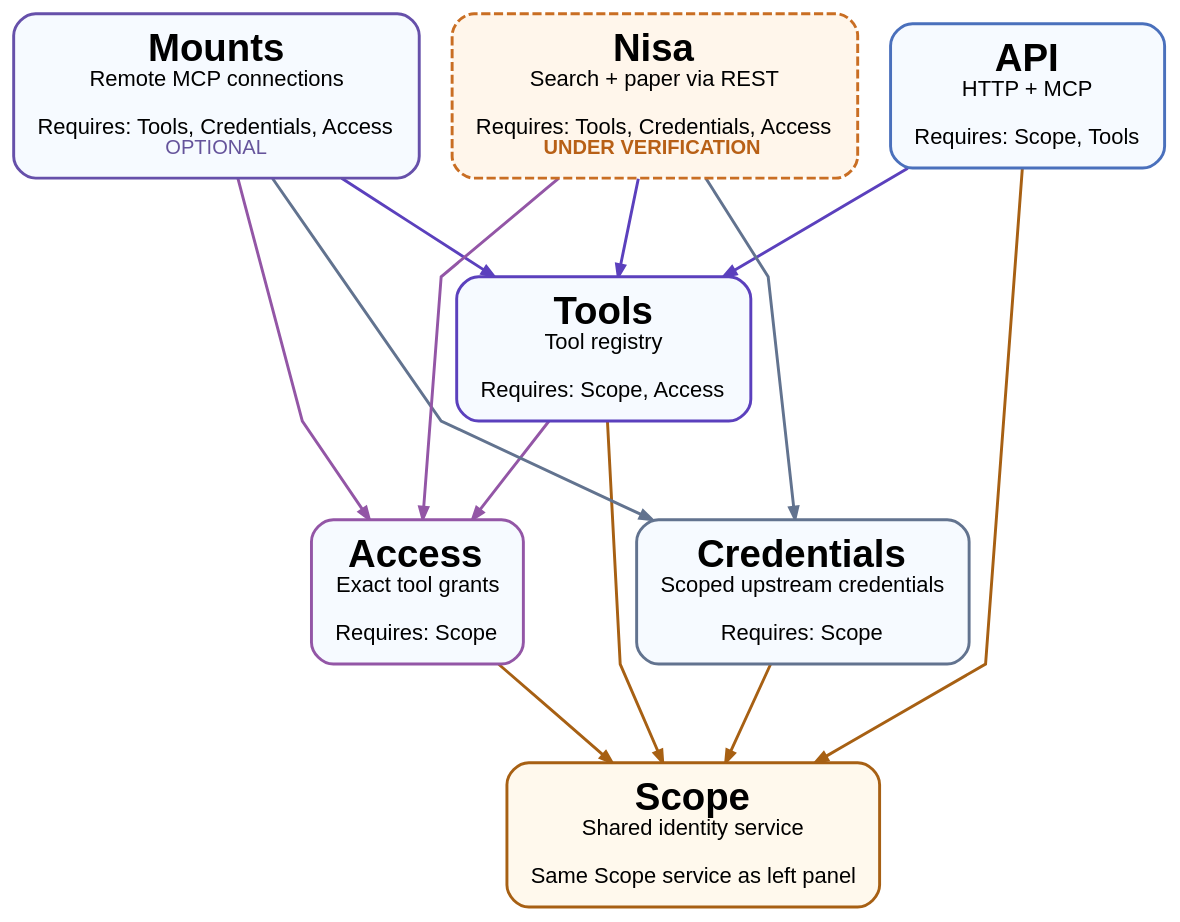
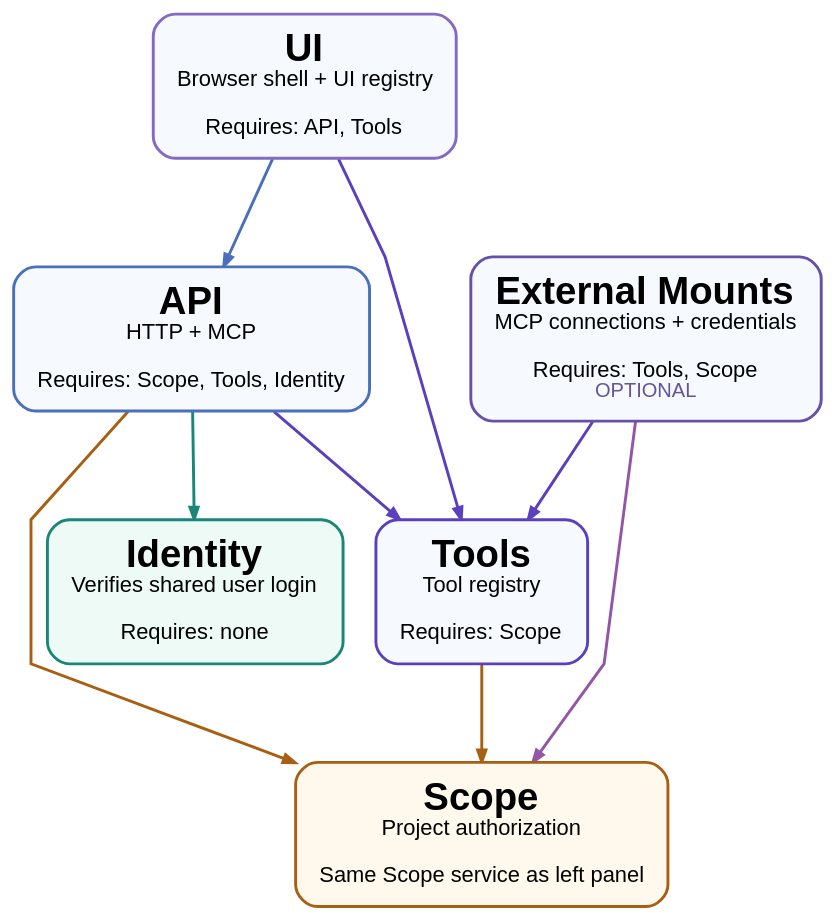
The diagram in merv-typescript/docs/architecture/transport-dependencies.dot (rapidreview-io/Merv), drawn with Graphviz before and after one commit. The commit also changed 599 other files, not shown here.

```diff
--- a/merv-typescript/docs/architecture/transport-dependencies.dot
+++ b/merv-typescript/docs/architecture/transport-dependencies.dot
@@ -1,21 +1,16 @@
 digraph G { graph [rankdir=TB, bgcolor="transparent", fontname="Arial", pad="0.18", nodesep="0.25", ranksep="0.75", splines=polyline, outputorder=edgesfirst]; node [shape=box,style="rounded,filled",fontname="Arial",margin="0.18,0.14",penwidth=1.6]; edge [penwidth=1.6, arrowsize=0.65];
-access [id="node-access", color="#9356A6",fillcolor="#F6FAFF",label=<<FONT POINT-SIZE="21"><B>Access</B></FONT><BR/><FONT POINT-SIZE="12">Exact tool grants</FONT><BR/><BR/><FONT POINT-SIZE="12">Requires: Scope</FONT>>];
-credentials [id="node-credentials", color="#62738F",fillcolor="#F6FAFF",label=<<FONT POINT-SIZE="21"><B>Credentials</B></FONT><BR/><FONT POINT-SIZE="12">Scoped upstream credentials</FONT><BR/><BR/><FONT POINT-SIZE="12">Requires: Scope</FONT>>];
-tools [id="node-tools", color="#5B40BD",fillcolor="#F6FAFF",label=<<FONT POINT-SIZE="21"><B>Tools</B></FONT><BR/><FONT POINT-SIZE="12">Tool registry</FONT><BR/><BR/><FONT POINT-SIZE="12">Requires: Scope, Access</FONT>>];
-api [id="node-api", color="#4A70BC",fillcolor="#F6FAFF",label=<<FONT POINT-SIZE="21"><B>API</B></FONT><BR/><FONT POINT-SIZE="12">HTTP + MCP</FONT><BR/><BR/><FONT POINT-SIZE="12">Requires: Scope, Tools</FONT>>];
-mounts [id="node-mounts", color="#6650AA",fillcolor="#F6FAFF",label=<<FONT POINT-SIZE="21"><B>Mounts</B></FONT><BR/><FONT POINT-SIZE="12">Remote MCP connections</FONT><BR/><BR/><FONT POINT-SIZE="12">Requires: Tools, Credentials, Access</FONT><BR/><FONT COLOR="#65539B" POINT-SIZE="11">OPTIONAL</FONT>>];
-nisa [id="node-nisa", color="#C96E23",fillcolor="#FFF6EB",style="rounded,dashed,filled",label=<<FONT POINT-SIZE="21"><B>Nisa</B></FONT><BR/><FONT POINT-SIZE="12">Search + paper via REST</FONT><BR/><BR/><FONT POINT-SIZE="12">Requires: Tools, Credentials, Access</FONT><BR/><FONT COLOR="#B86016" POINT-SIZE="11"><B>UNDER VERIFICATION</B></FONT>>];
-scope [id="node-scope", color="#A76013",fillcolor="#FFF9ED",label=<<FONT POINT-SIZE="21"><B>Scope</B></FONT><BR/><FONT POINT-SIZE="12">Shared identity service</FONT><BR/><BR/><FONT POINT-SIZE="12">Same Scope service as left panel</FONT>>];
-access -> scope [id="edge-access-scope",color="#A76013"];
-credentials -> scope [id="edge-credentials-scope",color="#A76013"];
+tools [id="node-tools", color="#5B40BD",fillcolor="#F6FAFF",label=<<FONT POINT-SIZE="21"><B>Tools</B></FONT><BR/><FONT POINT-SIZE="12">Tool registry</FONT><BR/><BR/><FONT POINT-SIZE="12">Requires: Scope</FONT>>];
+api [id="node-api", color="#4A70BC",fillcolor="#F6FAFF",label=<<FONT POINT-SIZE="21"><B>API</B></FONT><BR/><FONT POINT-SIZE="12">HTTP + MCP</FONT><BR/><BR/><FONT POINT-SIZE="12">Requires: Scope, Tools, Identity</FONT>>];
+identity [id="node-identity", color="#198778",fillcolor="#EDFAF6",label=<<FONT POINT-SIZE="21"><B>Identity</B></FONT><BR/><FONT POINT-SIZE="12">Verifies shared user login</FONT><BR/><BR/><FONT POINT-SIZE="12">Requires: none</FONT>>];
+mounts [id="node-mounts", color="#6650AA",fillcolor="#F6FAFF",label=<<FONT POINT-SIZE="21"><B>External Mounts</B></FONT><BR/><FONT POINT-SIZE="12">MCP connections + credentials</FONT><BR/><BR/><FONT POINT-SIZE="12">Requires: Tools, Scope</FONT><BR/><FONT COLOR="#65539B" POINT-SIZE="11">OPTIONAL</FONT>>];
+ui [id="node-ui", color="#846AC4",fillcolor="#F6FAFF",label=<<FONT POINT-SIZE="21"><B>UI</B></FONT><BR/><FONT POINT-SIZE="12">Browser shell + UI registry</FONT><BR/><BR/><FONT POINT-SIZE="12">Requires: API, Tools</FONT>>];
+scope [id="node-scope", color="#A76013",fillcolor="#FFF9ED",label=<<FONT POINT-SIZE="21"><B>Scope</B></FONT><BR/><FONT POINT-SIZE="12">Project authorization</FONT><BR/><BR/><FONT POINT-SIZE="12">Same Scope service as left panel</FONT>>];
 tools -> scope [id="edge-tools-scope",color="#A76013"];
-tools -> access [id="edge-tools-access",color="#9356A6"];
 api -> scope [id="edge-api-scope",color="#A76013"];
 api -> tools [id="edge-api-tools",color="#5B40BD"];
+api -> identity [id="edge-api-identity",color="#198778"];
 mounts -> tools [id="edge-mounts-tools",color="#5B40BD"];
-mounts -> credentials [id="edge-mounts-credentials",color="#62738F"];
-mounts -> access [id="edge-mounts-access",color="#9356A6"];
-nisa -> tools [id="edge-nisa-tools",color="#5B40BD"];
-nisa -> credentials [id="edge-nisa-credentials",color="#62738F"];
-nisa -> access [id="edge-nisa-access",color="#9356A6"];
-{rank=same;api;mounts;nisa;}{rank=same;access;credentials;}}
+mounts -> scope [id="edge-mounts-scope",color="#9356A6"];
+ui -> api [id="edge-ui-api",color="#4A70BC"];
+ui -> tools [id="edge-ui-tools",color="#5B40BD"];
+{rank=same;api;mounts;}}
```
